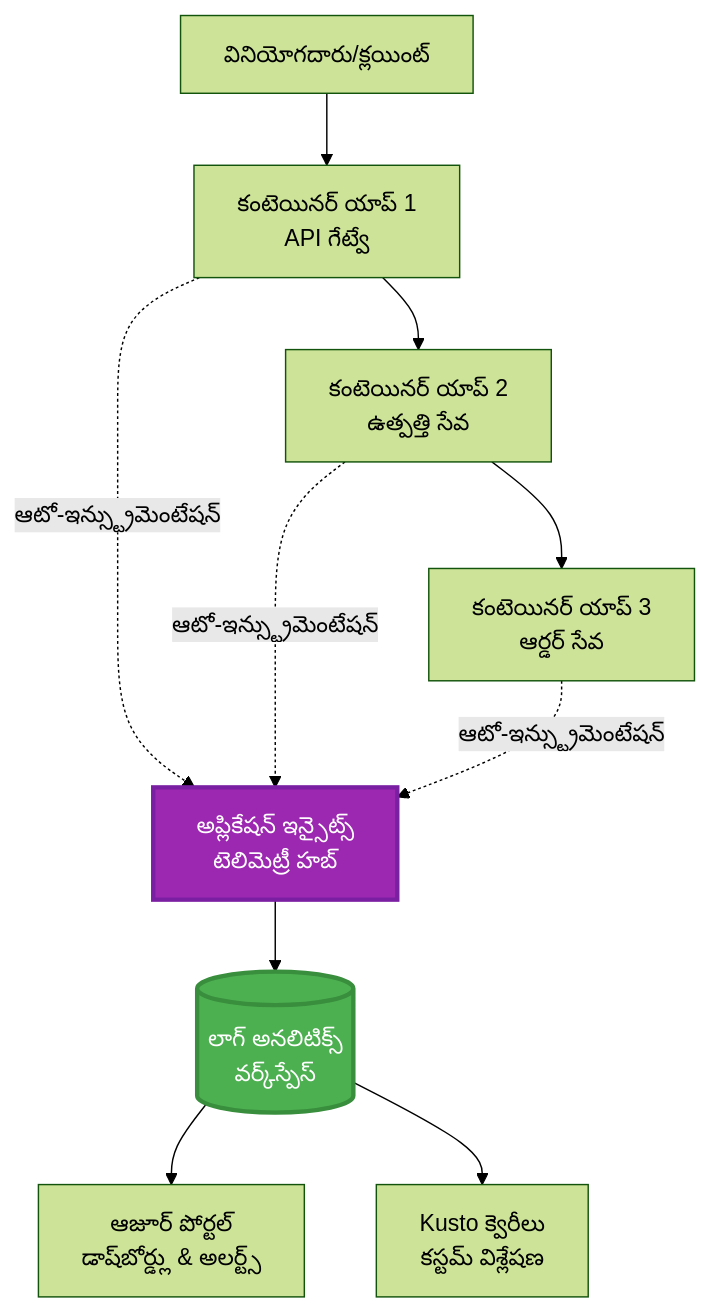
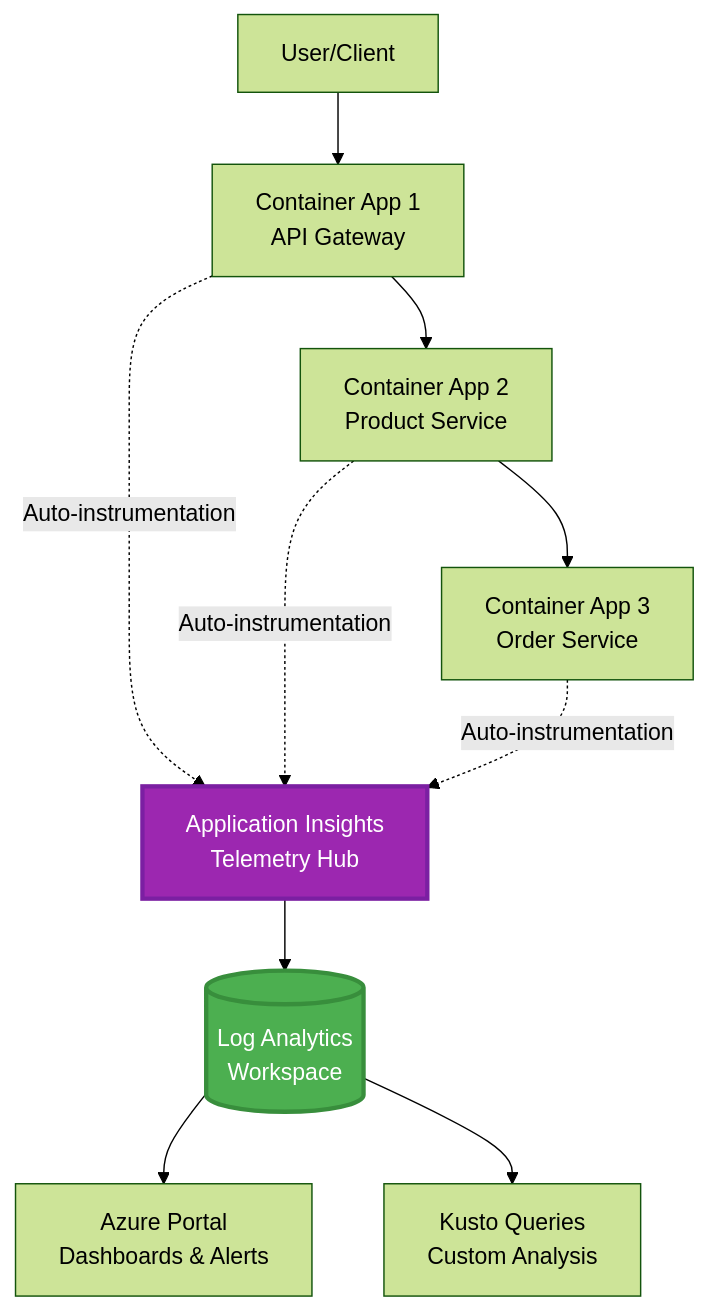
One commit to microsoft/AZD-for-beginners changed the first of 2 diagrams in translations/te/docs/chapter-06-pre-deployment/application-insights.md. Above: the diagram before and after it, drawn with Mermaid (forest theme). The commit also changed other lines of this file and 21 other files, not shown here.

````diff
--- a/translations/te/docs/chapter-06-pre-deployment/application-insights.md
+++ b/translations/te/docs/chapter-06-pre-deployment/application-insights.md
@@ -58,28 +58,28 @@
 ```mermaid
 graph TB
-    User[వినియోగదారు/క్లయింట్]
-    App1[కంటెయినర్ యాప్ 1<br/>API గేట్వే]
-    App2[కంటెయినర్ యాప్ 2<br/>ఉత్పత్తి సేవ]
-    App3[కంటెయినర్ యాప్ 3<br/>ఆర్డర్ సేవ]
+    User[User/Client]
+    App1[Container App 1<br/>API Gateway]
+    App2[Container App 2<br/>Product Service]
+    App3[Container App 3<br/>Order Service]
     
-    AppInsights[అప్లికేషన్ ఇన్సైట్స్<br/>టెలిమెట్రీ హబ్]
-    LogAnalytics[(లాగ్ అనలిటిక్స్<br/>వర్క్‌స్పేస్)]
+    AppInsights[Application Insights<br/>Telemetry Hub]
+    LogAnalytics[(Log Analytics<br/>Workspace)]
     
-    Portal[ఆజూర్ పోర్టల్<br/>డాష్‌బోర్డ్లు & అలర్ట్స్]
-    Query[Kusto క్వెరీలు<br/>కస్టమ్ విశ్లేషణ]
+    Portal[Azure Portal<br/>Dashboards & Alerts]
+    Query[Kusto Queries<br/>Custom Analysis]
     
     User --> App1
     App1 --> App2
     App2 --> App3
     
-    App1 -.->|ఆటో-ఇన్స్ట్రుమెంటేషన్| AppInsights
-    App2 -.->|ఆటో-ఇన్స్ట్రుమెంటేషన్| AppInsights
-    App3 -.->|ఆటో-ఇన్స్ట్రుమెంటేషన్| AppInsights
+    App1 -.->|Auto-instrumentation| AppInsights
+    App2 -.->|Auto-instrumentation| AppInsights
+    App3 -.->|Auto-instrumentation| AppInsights
     
     AppInsights --> LogAnalytics
     LogAnalytics --> Portal
     LogAnalytics --> Query
     
     style AppInsights fill:#9C27B0,stroke:#7B1FA2,stroke-width:3px,color:#fff
     style LogAnalytics fill:#4CAF50,stroke:#388E3C,stroke-width:3px,color:#fff
 ```
````
